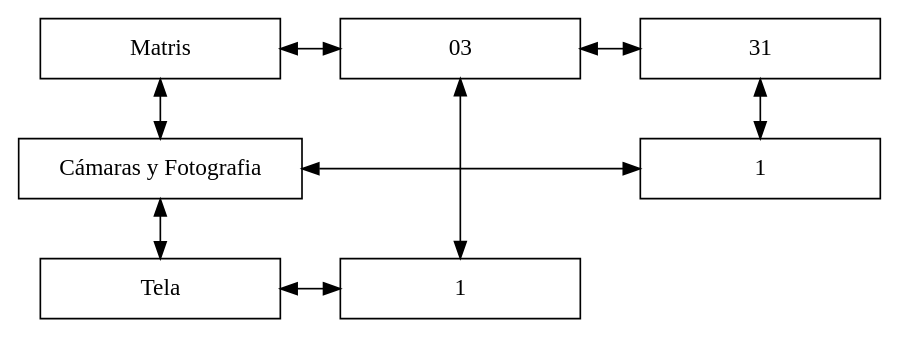
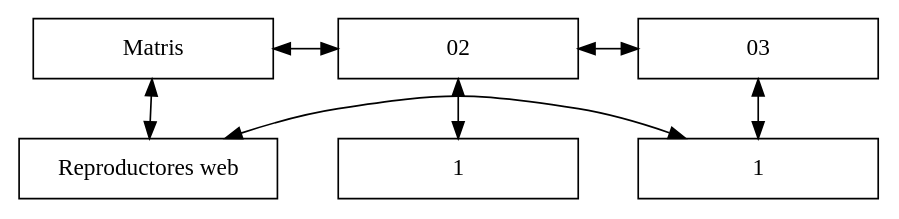
Before and after one commit to Macario12/EDD_VirtualMall_201905837: the diagram in Servidor/1997_07.dot, drawn with Graphviz. The commit also changed 40 other files, not shown here.

```diff
--- a/Servidor/1997_07.dot
+++ b/Servidor/1997_07.dot
@@ -1,23 +1,19 @@
 digraph { 
 rankdir = TB; 
 node [shape=rectangle, height=0.5, width=2] 
 graph[ nodesep = 0.5] 
 Matris[label="Matris"] 
+nodo02 [label="02"] 
 nodo03 [label="03"] 
-nodo31 [label="31"] 
-nodoCámaras_y_Fotografia [label="Cámaras y Fotografia"] 
-nodoTela [label="Tela"] 
-Matris -> nodo03 [dir=both] 
-nodo03 -> nodo31 [dir=both] 
-Matris -> nodoCámaras_y_Fotografia [dir=both] 
-nodoCámaras_y_Fotografia -> nodoTela [dir=both] 
-nodo0y1[label="1"] 
+nodoReproductores_web [label="Reproductores web"] 
+Matris -> nodo02 [dir=both] 
+nodo02 -> nodo03 [dir=both] 
+Matris -> nodoReproductores_web [dir=both] 
+nodo0y0[label="1"] 
 nodo1y0[label="1"] 
-nodo03 -> nodo0y1[dir=both] 
-nodo31 -> nodo1y0[dir=both] 
-nodoCámaras_y_Fotografia -> nodo1y0[constraint=false, dir=both] 
-nodoTela -> nodo0y1[constraint=false, dir=both] 
-{ rank=same; Matris; nodo03; nodo31} 
-{ rank=same;nodoCámaras_y_Fotografia;nodo1y0} 
-{ rank=same;nodoTela;nodo0y1} 
+nodo02 -> nodo0y0[dir=both] 
+nodo03 -> nodo1y0[dir=both] 
+nodoReproductores_web -> nodo1y0[constraint=false, dir=both] 
+{ rank=same; Matris; nodo02; nodo03} 
+{ rank=same;nodoReproductores_web;nodo1y0} 
 }
```
